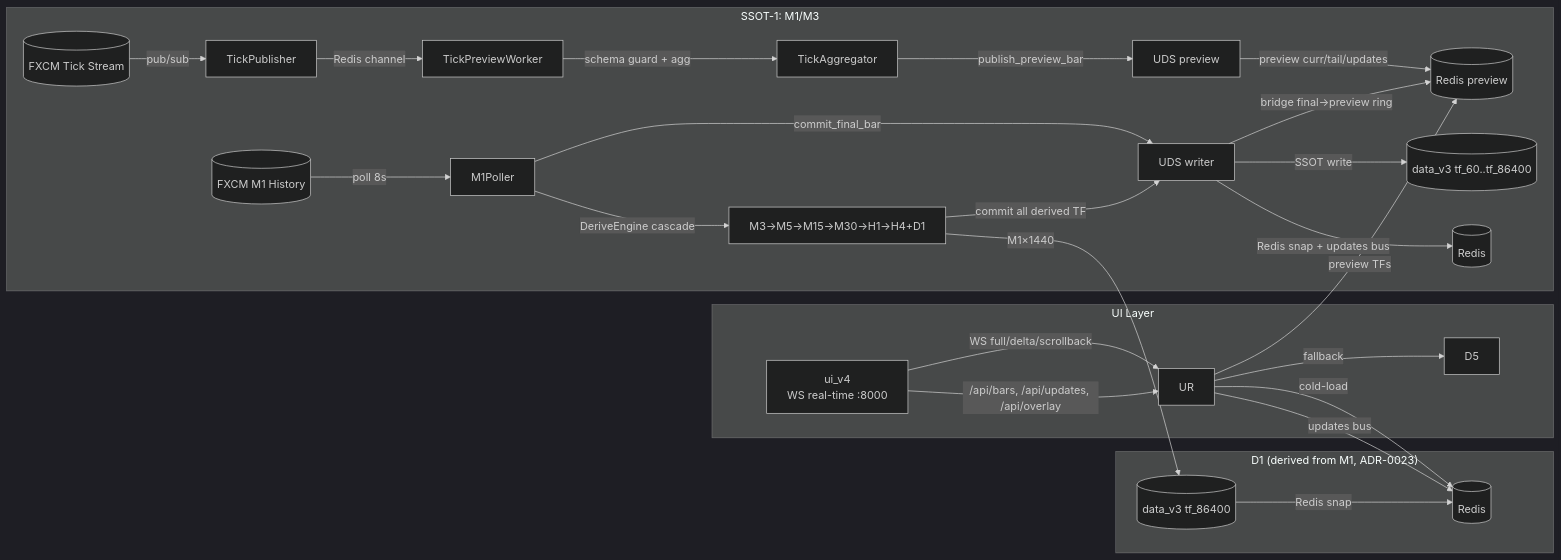
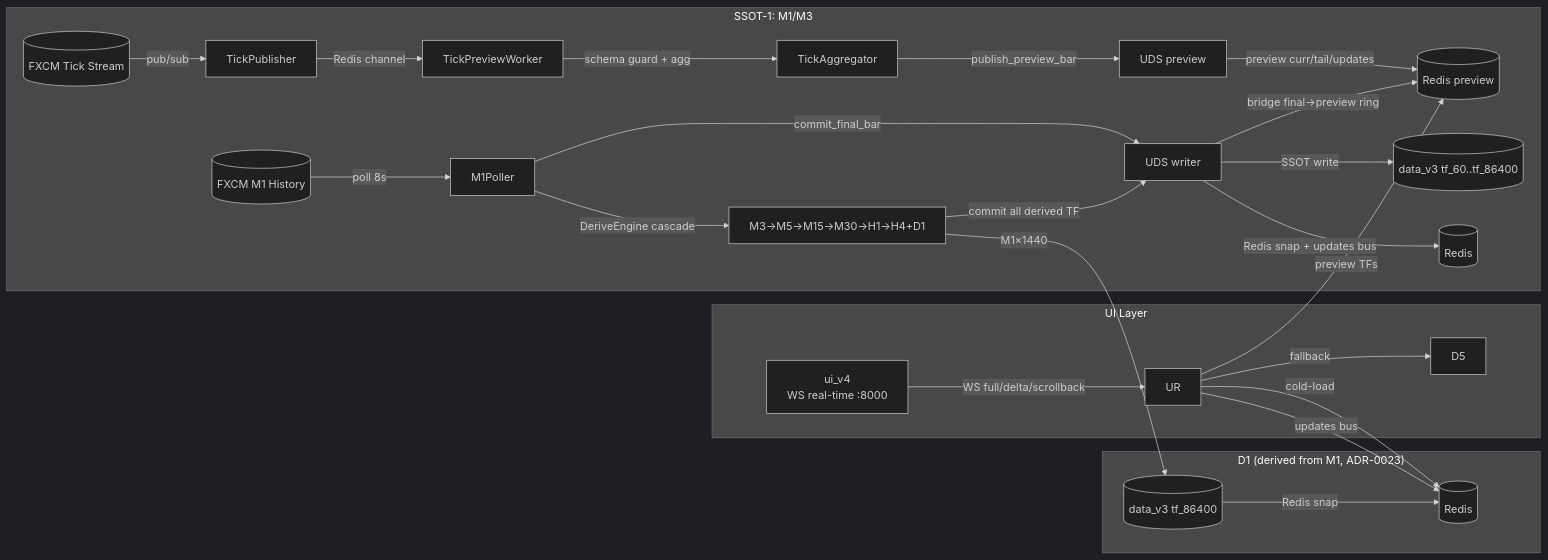
One commit to Std07-1/v3 changed the first of 13 diagrams in docs/system_current_overview.md. Above: the diagram before and after it, drawn with Mermaid (dark theme). The commit also changed other lines of this file and 5 other files, not shown here.

````diff
--- a/docs/system_current_overview.md
+++ b/docs/system_current_overview.md
@@ -236,29 +236,28 @@
 ```mermaid
 flowchart LR
     subgraph SSOT1["SSOT-1: M1/M3"]
         T[(FXCM Tick Stream)] -->|pub/sub| TP[TickPublisher]
         TP -->|Redis channel| TW[TickPreviewWorker]
         TW -->|schema guard + agg| TA[TickAggregator]
         TA -->|publish_preview_bar| U1[UDS preview]
         U1 -->|preview curr/tail/updates| RP[(Redis preview)]
         FXCM1[(FXCM M1 History)] -->|poll 8s| M1P[M1Poller]
         M1P -->|commit_final_bar| U2[UDS writer]
         M1P -->|DeriveEngine cascade| DE[M3→M5→M15→M30→H1→H4+D1]
         DE -->|commit all derived TF| U2
         U2 -->|SSOT write| D1[(data_v3 tf_60..tf_86400)]
         U2 -->|Redis snap + updates bus| R1[(Redis)]
         U2 -->|bridge final→preview ring| RP
     end
     subgraph SSOT3["D1 (derived from M1, ADR-0023)"]
         DE -->|M1×1440| DH[(data_v3 tf_86400)]
         DH -->|Redis snap| R5[(Redis)]
     end
     subgraph UI["UI Layer"]
         UIv4[ui_v4<br/>WS real-time :8000] -->|WS full/delta/scrollback| UR
-        UIv4 -->|/api/bars, /api/updates, /api/overlay| UR
         UR -->|cold-load| R5
         UR -->|fallback| D5
         UR -->|preview TFs| RP
         UR -->|updates bus| R5
     end
 ```
````
